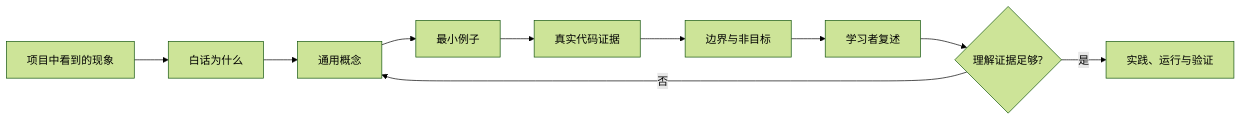
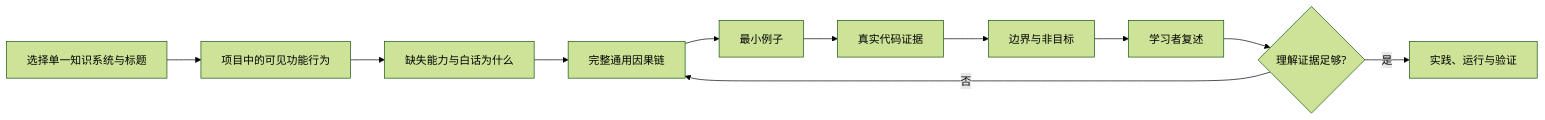
The diagram in README.md (angshihan777-droid/adaptive-teaching), drawn with Mermaid (forest theme) before and after one commit. The commit also changed other lines of this file and 1 other file, not shown here.

````diff
--- a/README.md
+++ b/README.md
@@ -92,12 +119,13 @@
 ```mermaid
 flowchart LR
-    A[项目中看到的现象] --> B[白话为什么]
-    B --> C[通用概念]
-    C --> D[最小例子]
-    D --> E[真实代码证据]
-    E --> F[边界与非目标]
-    F --> G[学习者复述]
-    G --> H{理解证据足够?}
-    H -->|否| C
-    H -->|是| I[实践、运行与验证]
+    A[选择单一知识系统与标题] --> B[项目中的可见功能行为]
+    B --> C[缺失能力与白话为什么]
+    C --> D[完整通用因果链]
+    D --> E[最小例子]
+    E --> F[真实代码证据]
+    F --> G[边界与非目标]
+    G --> H[学习者复述]
+    H --> I{理解证据足够?}
+    I -->|否| D
+    I -->|是| J[实践、运行与验证]
 ```
````
